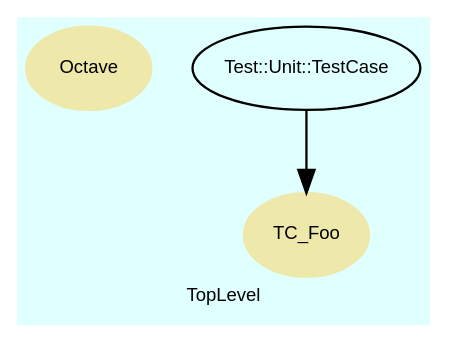
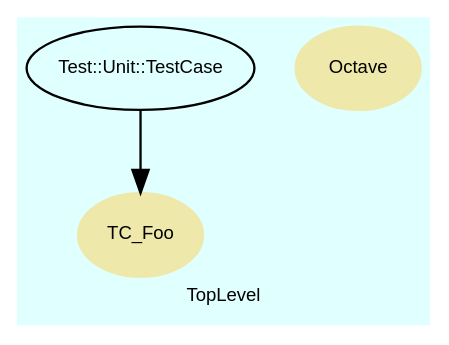
One commit to noda50/RubyItk changed the diagram in doc/dot/f_0.dot. Above: the diagram before and after it, drawn with Graphviz. The commit also changed 320 other files, not shown here.

```diff
--- a/doc/dot/f_0.dot
+++ b/doc/dot/f_0.dot
@@ -1,40 +1,40 @@
 digraph TopLevel {
+    label = "TopLevel"
     fontname = Arial
+    bgcolor = lightcyan1
     fontsize = 8
     compound = true
-    bgcolor = lightcyan1
-    label = "TopLevel"
     node [
+        color = black,
         fontname = Arial,
-        fontsize = 8,
-        color = black
+        fontsize = 8
+    ]
+
+    TC_Foo [
+        color = palegoldenrod,
+        shape = ellipse,
+        fontcolor = black,
+        URL = "classes/TC_Foo.html",
+        style = filled,
+        label = "TC_Foo"
     ]
 
     Octave [
+        color = palegoldenrod,
+        shape = ellipse,
+        fontcolor = black,
         URL = "classes/Octave.html",
-        fontcolor = black,
-        shape = ellipse,
-        color = palegoldenrod,
         style = filled,
         label = "Octave"
-    ]
-
-    TC_Foo [
-        URL = "classes/TC_Foo.html",
-        fontcolor = black,
-        shape = ellipse,
-        color = palegoldenrod,
-        style = filled,
-        label = "TC_Foo"
     ]
 
     Test__Unit__TestCase [
         URL = "classes/Test/Unit/TestCase.html",
         label = "Test::Unit::TestCase"
     ]
 
     Test__Unit__TestCase -> TC_Foo [
 
     ]
 
 }
```
